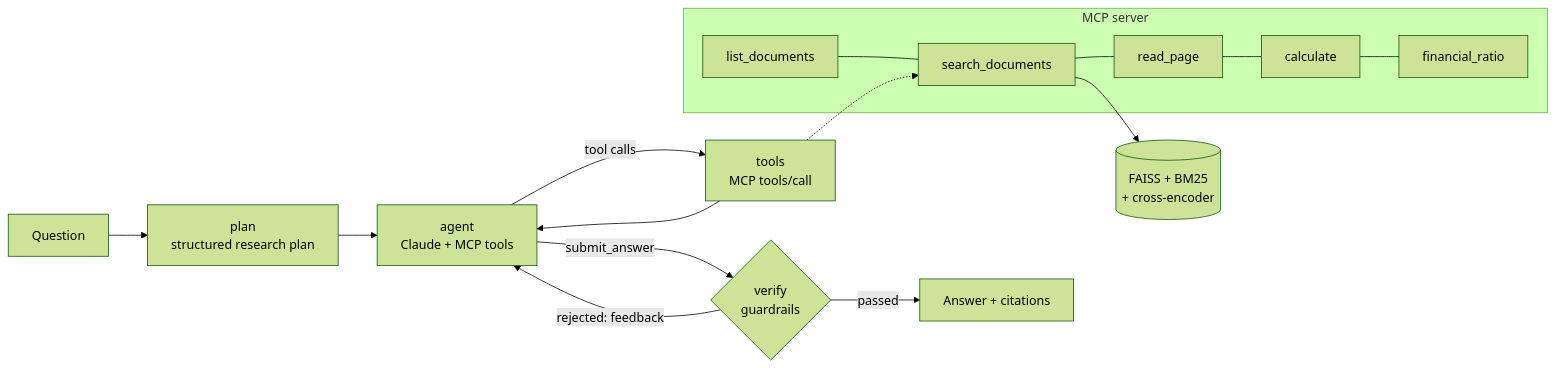
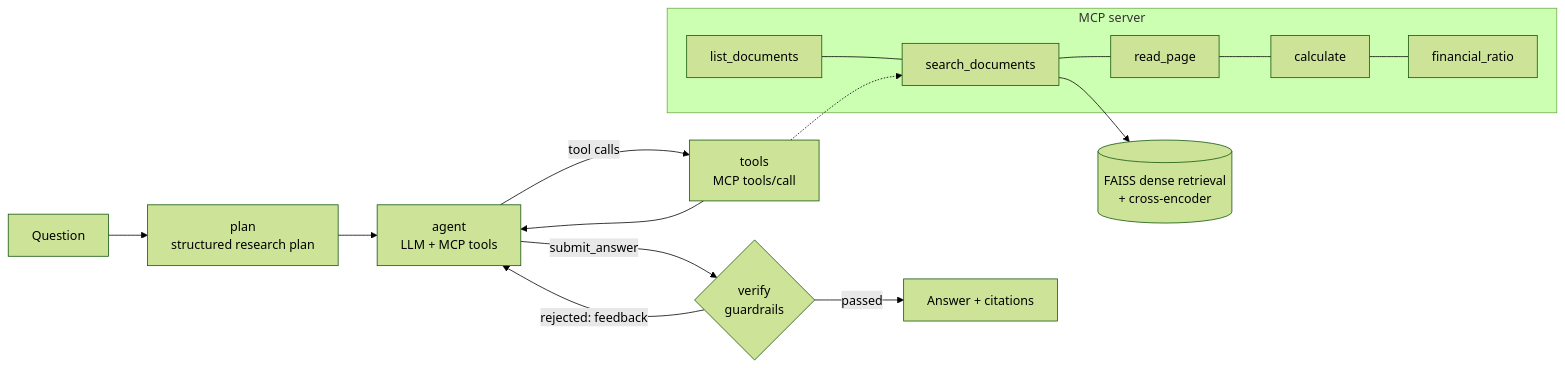
One commit to rudrak1404/DocAgent changed the diagram in README.md. Above: the diagram before and after it, drawn with Mermaid (forest theme). The commit also changed other lines of this file and 16 other files, not shown here.

````diff
--- a/README.md
+++ b/README.md
@@ -10,16 +13,16 @@
 ```mermaid
 flowchart LR
     Q[Question] --> P[plan<br/>structured research plan]
-    P --> A[agent<br/>Claude + MCP tools]
+    P --> A[agent<br/>LLM + MCP tools]
     A -- tool calls --> T[tools<br/>MCP tools/call]
     T --> A
     A -- submit_answer --> V{verify<br/>guardrails}
     V -- rejected: feedback --> A
     V -- passed --> R[Answer + citations]
     subgraph MCP server
       S1[list_documents] --- S2[search_documents]
       S2 --- S3[read_page] --- S4[calculate] --- S5[financial_ratio]
     end
     T -.-> S2
-    S2 --> H[(FAISS + BM25<br/>+ cross-encoder)]
+    S2 --> H[(FAISS dense retrieval<br/>+ cross-encoder)]
 ```
````
